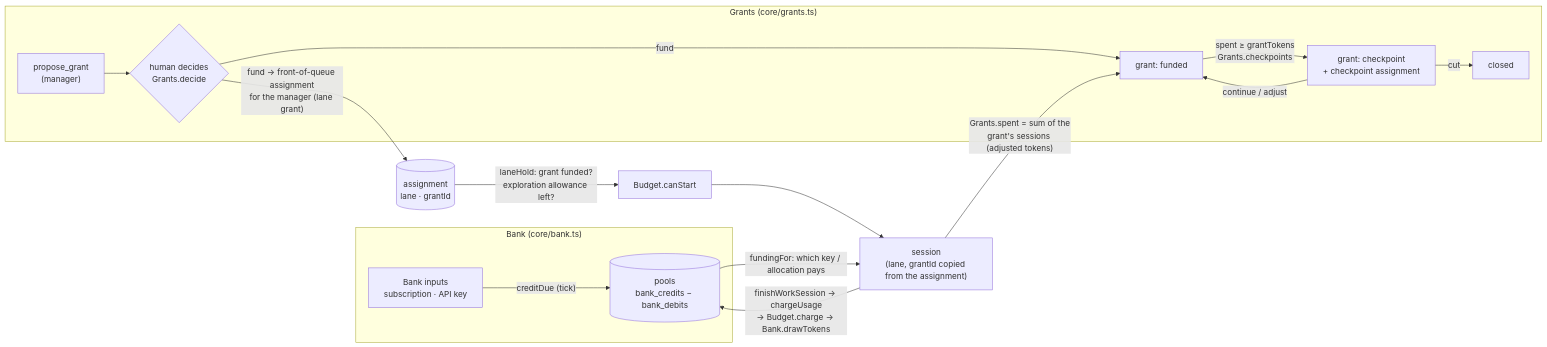
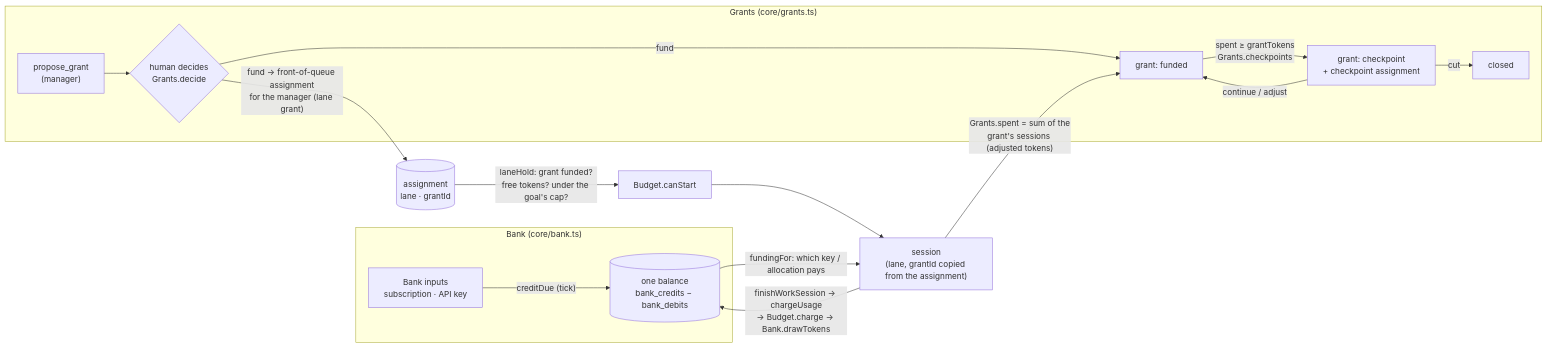
Before and after one commit to mitchellgordon95/muster-town: the second of 2 diagrams in docs/architecture.md, drawn with Mermaid. The commit also changed other lines of this file and 69 other files, not shown here.

Commit message:
WIP step 1 of how-work-gets-done: delete Bank pools, free tokens with reservations (rescued from se_kqi1f2sovr)

````diff
--- a/docs/architecture.md
+++ b/docs/architecture.md
@@ -64,19 +64,19 @@
 ```mermaid
 flowchart LR
   subgraph bank["Bank (core/bank.ts)"]
-    inputs["Bank inputs<br/>subscription · API key"] -->|"creditDue (tick)"| pools[("pools<br/>bank_credits − bank_debits")]
+    inputs["Bank inputs<br/>subscription · API key"] -->|"creditDue (tick)"| pools[("one balance<br/>bank_credits − bank_debits")]
   end
   subgraph grants["Grants (core/grants.ts)"]
     propose["propose_grant<br/>(manager)"] --> decide{"human decides<br/>Grants.decide"}
     decide -->|fund| funded["grant: funded"]
     funded -->|"spent ≥ grantTokens<br/>Grants.checkpoints"| checkpoint["grant: checkpoint<br/>+ checkpoint assignment"]
     checkpoint -->|"continue / adjust"| funded
     checkpoint -->|cut| closed["closed"]
   end
   decide -->|"fund → front-of-queue assignment<br/>for the manager (lane grant)"| asg[("assignment<br/>lane · grantId")]
-  asg -->|"laneHold: grant funded?<br/>exploration allowance left?"| gate["Budget.canStart"]
+  asg -->|"laneHold: grant funded?<br/>free tokens? under the goal's cap?"| gate["Budget.canStart"]
   gate --> sess["session<br/>(lane, grantId copied from the assignment)"]
   pools -->|"fundingFor: which key / allocation pays"| sess
   sess -->|"finishWorkSession → chargeUsage<br/>→ Budget.charge → Bank.drawTokens"| pools
   sess -->|"Grants.spent = sum of the<br/>grant's sessions (adjusted tokens)"| funded
 ```
````
